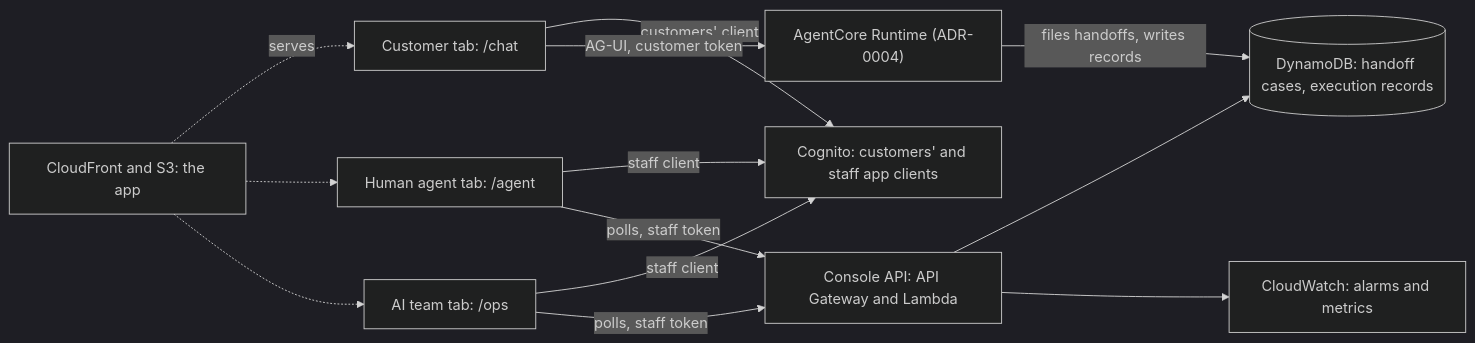
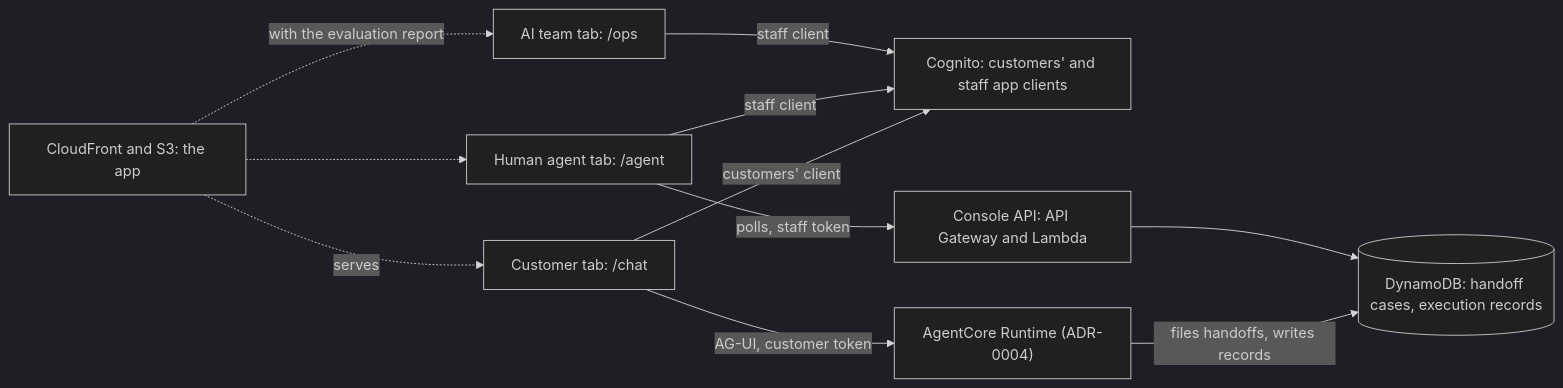
The diagram in docs/adr/0007-role-gated-web-app.md (gafnts/factored-hackathon-2026-gafnts), drawn with Mermaid (dark theme) before and after one commit. The commit also changed other lines of this file and 1 other file, not shown here.

Commit message:
Show the evaluation report as the AI team's page

````diff
--- a/docs/adr/0007-role-gated-web-app.md
+++ b/docs/adr/0007-role-gated-web-app.md
@@ -25,24 +25,21 @@
 ```mermaid
 flowchart LR
   CF["CloudFront and S3: the app"]
   CUST["Customer tab: /chat"]
   AGT["Human agent tab: /agent"]
   OPS["AI team tab: /ops"]
   COG["Cognito: customers' and staff app clients"]
   RT["AgentCore Runtime (ADR-0004)"]
   API["Console API: API Gateway and Lambda"]
   DB[("DynamoDB: handoff cases, execution records")]
-  CW["CloudWatch: alarms and metrics"]
   CF -.->|"serves"| CUST
   CF -.-> AGT
-  CF -.-> OPS
+  CF -.->|"with the evaluation report"| OPS
   CUST -->|"customers' client"| COG
   AGT -->|"staff client"| COG
   OPS -->|"staff client"| COG
   CUST -->|"AG-UI, customer token"| RT
   AGT -->|"polls, staff token"| API
-  OPS -->|"polls, staff token"| API
   RT -->|"files handoffs, writes records"| DB
   API --> DB
-  API --> CW
 ```
````
